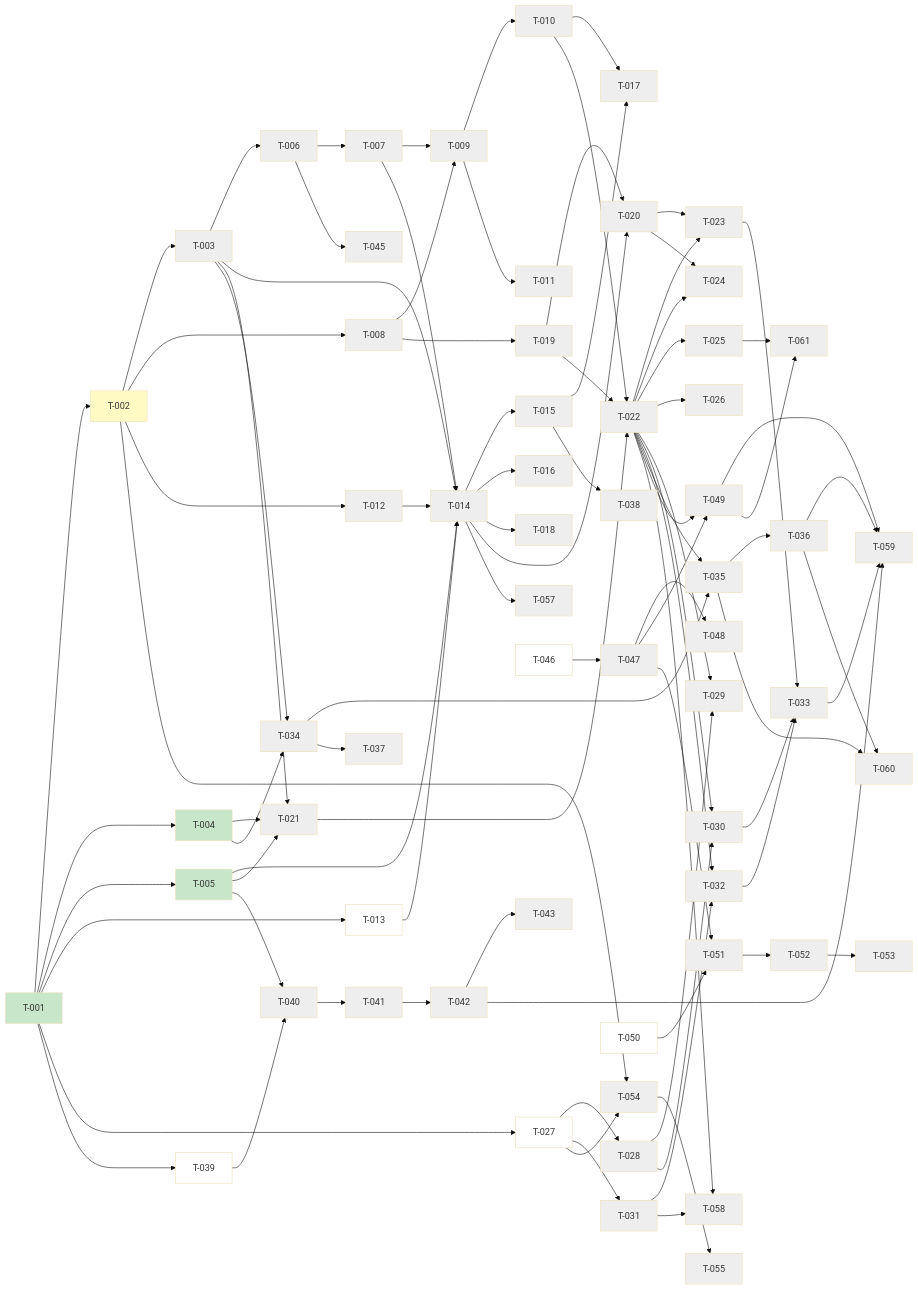
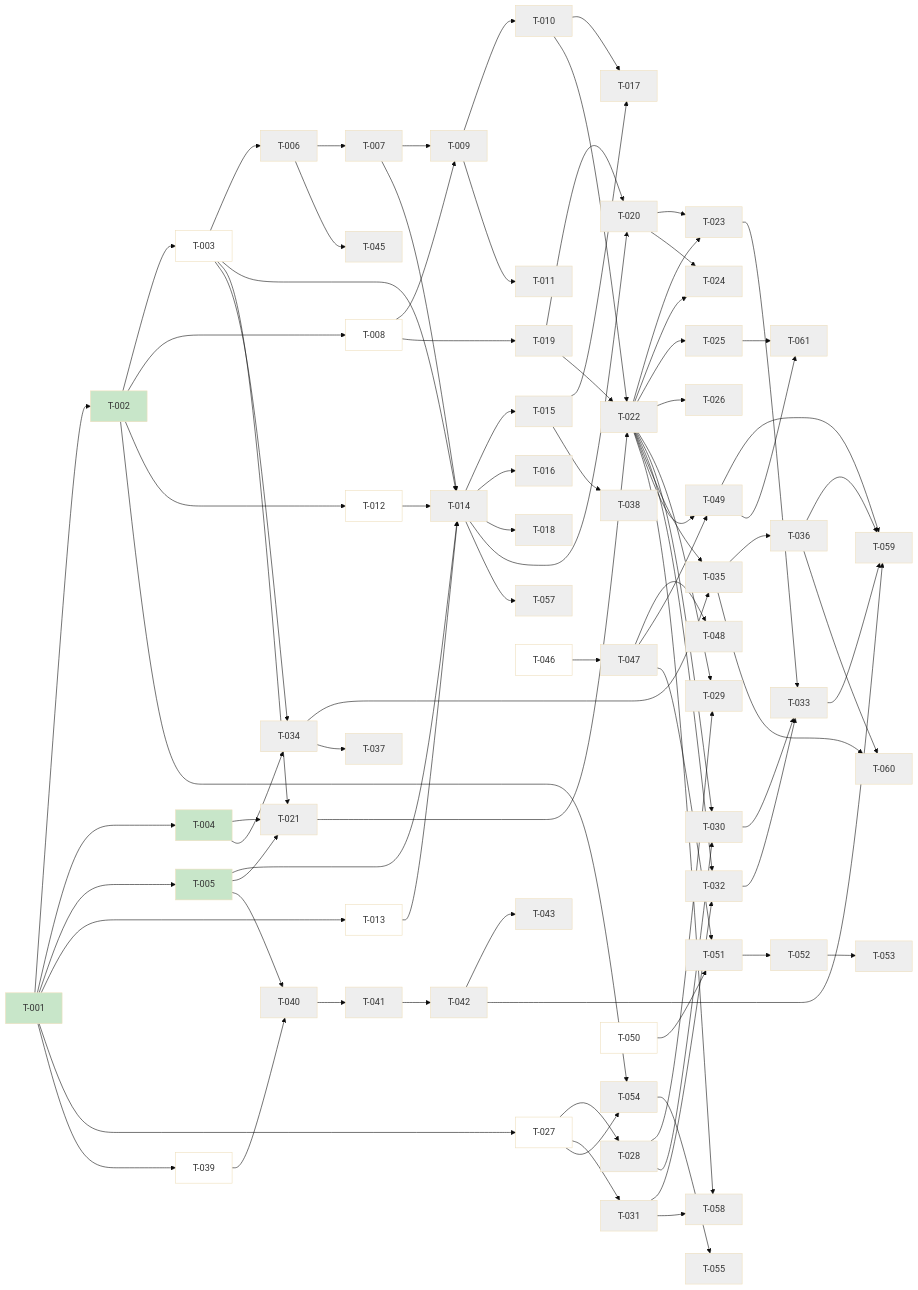
The diagram in kanban/BOARD.md (scholtz/biatec-chat), drawn with Mermaid (base theme) before and after one commit. The commit also changed other lines of this file and 4 other files, not shown here.

````diff
--- a/kanban/BOARD.md
+++ b/kanban/BOARD.md
@@ -188,8 +188,7 @@
   classDef inprogress fill:#bbdefb
   classDef backlog fill:#ffffff
   classDef blocked fill:#eeeeee
-  class T001,T004,T005 done
-  class T002 review
-  class T013,T027,T039,T044,T046,T050,T056 backlog
-  class T003,T006,T007,T008,T009,T010,T012,T014,T015,T019,T020,T021,T022,T023,T040,T041,T042,T011,T017,T024,T028,T029,T030,T031,T032,T033,T034,T035,T036,T038,T047,T049,T055,T059,T016,T018,T025,T026,T037,T043,T048,T051,T052,T054,T045,T053,T057,T058,T060,T061 blocked
+  class T001,T002,T004,T005 done
+  class T003,T008,T012,T013,T027,T039,T044,T046,T050,T056 backlog
+  class T006,T007,T009,T010,T014,T015,T019,T020,T021,T022,T023,T040,T041,T042,T011,T017,T024,T028,T029,T030,T031,T032,T033,T034,T035,T036,T038,T047,T049,T055,T059,T016,T018,T025,T026,T037,T043,T048,T051,T052,T054,T045,T053,T057,T058,T060,T061 blocked
 ```
````
